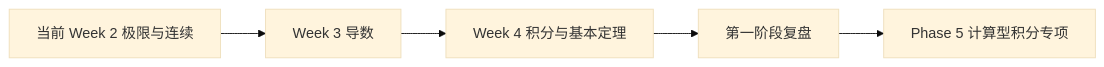
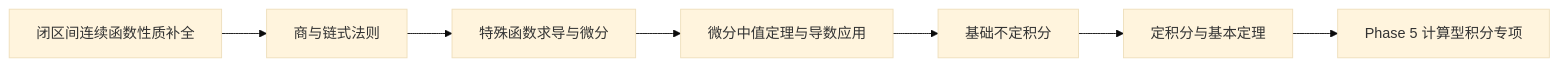
The diagram in calculus_progress.md (zengchanghuan/mathematics_mastery), drawn with Mermaid (base theme) before and after one commit. The commit also changed other lines of this file and 13 other files, not shown here.

````diff
--- a/calculus_progress.md
+++ b/calculus_progress.md
@@ -28,7 +31,9 @@
 ```mermaid
 flowchart LR
-    A[当前 Week 2 极限与连续] --> B[Week 3 导数]
-    B --> C[Week 4 积分与基本定理]
-    C --> D[第一阶段复盘]
-    D --> E[Phase 5 计算型积分专项]
+    A[闭区间连续函数性质补全] --> B[商与链式法则]
+    B --> C[特殊函数求导与微分]
+    C --> D[微分中值定理与导数应用]
+    D --> E[基础不定积分]
+    E --> F[定积分与基本定理]
+    F --> G[Phase 5 计算型积分专项]
 ```
````
